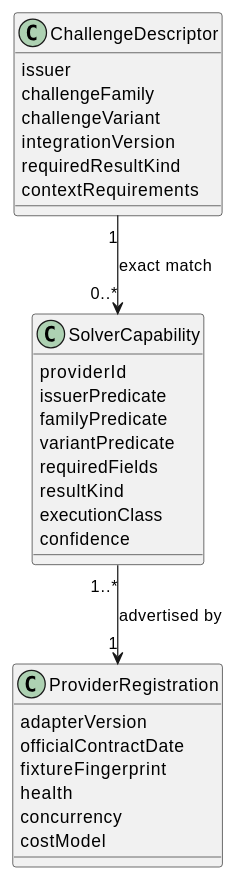
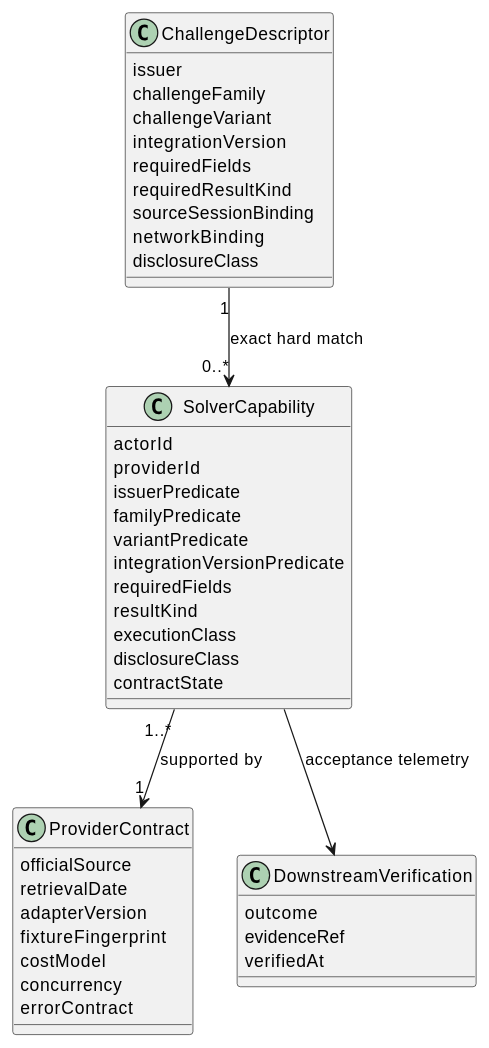
Before and after one commit to lost-rob0t/starintel-auto-research: the first of 2 diagrams in roam/research/starintel-pro-actors/STAR-PRO-RESEARCH-006-captcha-challenge-provider-landscape.org, drawn with PlantUML. The commit also changed other lines of this file, not shown here.

Commit message:
complete open-world CAPTCHA capability taxonomy

```diff
--- a/roam/research/starintel-pro-actors/STAR-PRO-RESEARCH-006-captcha-challenge-provider-landscape.org
+++ b/roam/research/starintel-pro-actors/STAR-PRO-RESEARCH-006-captcha-challenge-provider-landscape.org
@@ -106,35 +265,49 @@
 #+begin_src plantuml
 @startuml
 class ChallengeDescriptor {
   issuer
   challengeFamily
   challengeVariant
   integrationVersion
+  requiredFields
   requiredResultKind
-  contextRequirements
+  sourceSessionBinding
+  networkBinding
+  disclosureClass
 }
 
 class SolverCapability {
+  actorId
   providerId
   issuerPredicate
   familyPredicate
   variantPredicate
+  integrationVersionPredicate
   requiredFields
   resultKind
   executionClass
-  confidence
+  disclosureClass
+  contractState
 }
 
-class ProviderRegistration {
+class ProviderContract {
+  officialSource
+  retrievalDate
   adapterVersion
-  officialContractDate
   fixtureFingerprint
-  health
+  costModel
   concurrency
-  costModel
+  errorContract
 }
 
-ChallengeDescriptor "1" --> "0..*" SolverCapability : exact match
-SolverCapability "1..*" --> "1" ProviderRegistration : advertised by
+class DownstreamVerification {
+  outcome
+  evidenceRef
+  verifiedAt
+}
+
+ChallengeDescriptor "1" --> "0..*" SolverCapability : exact hard match
+SolverCapability "1..*" --> "1" ProviderContract : supported by
+SolverCapability --> DownstreamVerification : acceptance telemetry
 @enduml
 #+end_src
```
